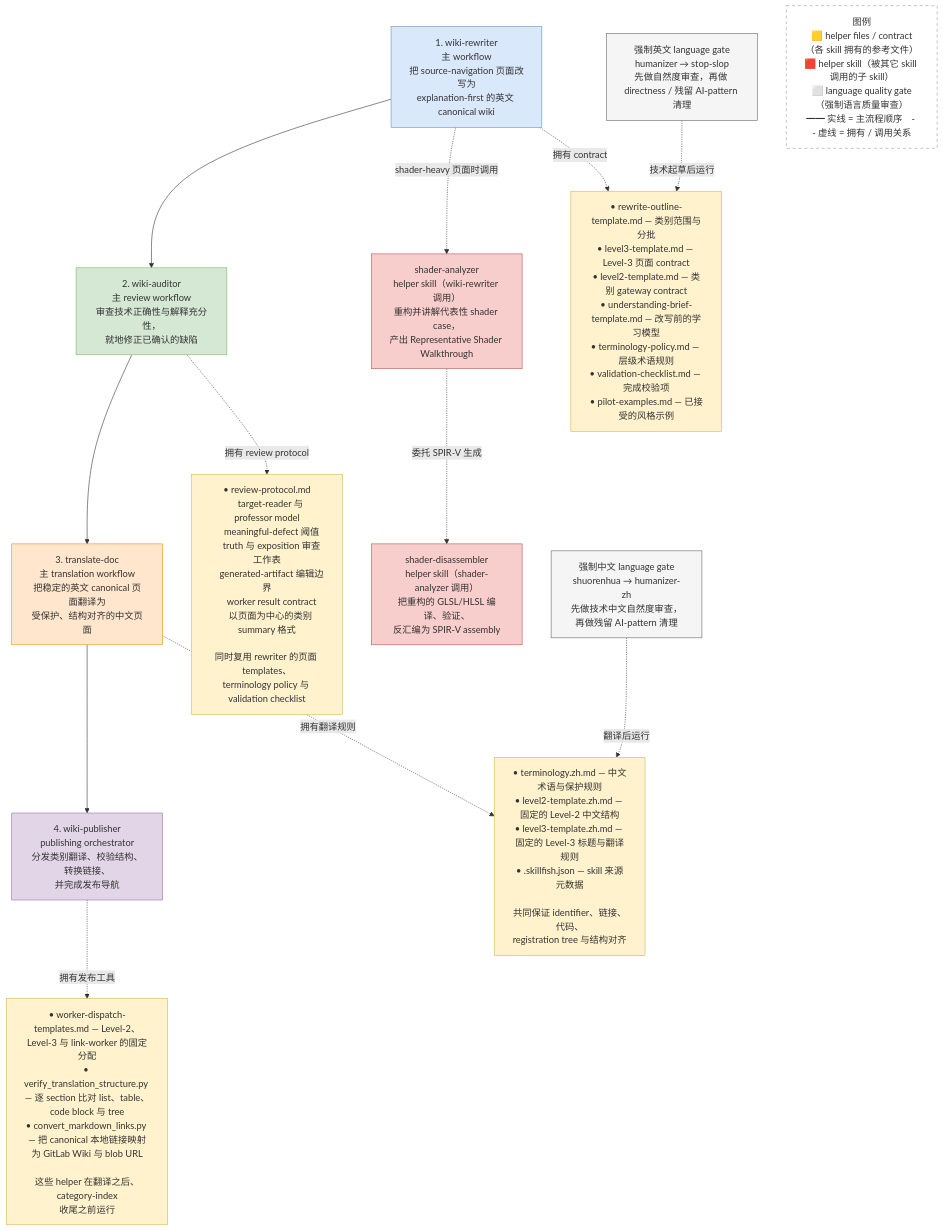
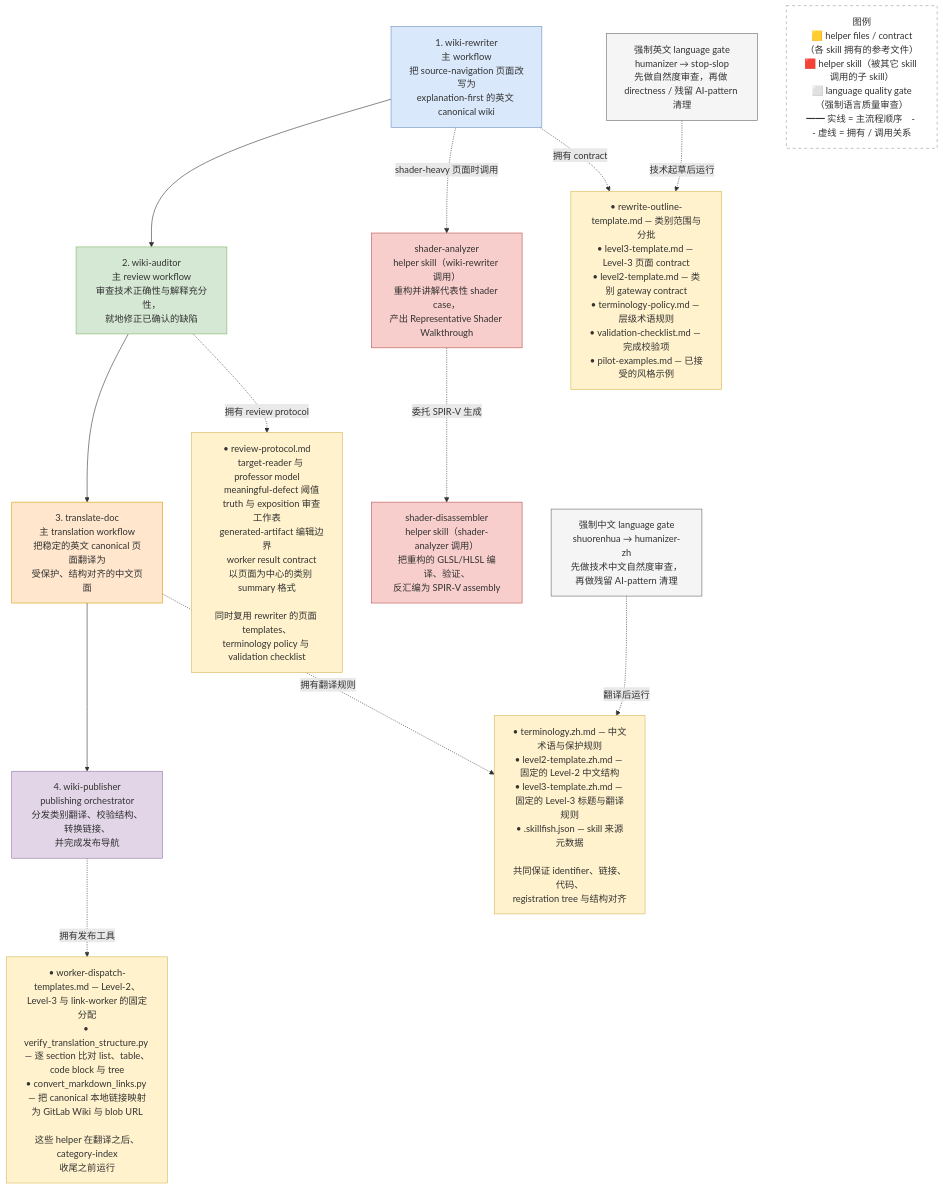
One commit to Thomaswang0822/VulkanCTS-Wiki changed the diagram in diagrams/ref-mindmap.mmd. Above: the diagram before and after it, drawn with Mermaid. The commit also changed 437 other files, not shown here.

```diff
--- a/diagrams/ref-mindmap.mmd
+++ b/diagrams/ref-mindmap.mmd
@@ -1,61 +1,61 @@
 flowchart TD
 
     %% 第一层 — 4 个主 workflow skills
     rewriter["1. wiki-rewriter<br/>主 workflow<br/>把 source-navigation 页面改写为<br/>explanation-first 的英文 canonical wiki"]
     auditor["2. wiki-auditor<br/>主 review workflow<br/>审查技术正确性与解释充分性，<br/>就地修正已确认的缺陷"]
     translate["3. translate-doc<br/>主 translation workflow<br/>把稳定的英文 canonical 页面翻译为<br/>受保护、结构对齐的中文页面"]
     publisher["4. wiki-publisher<br/>publishing orchestrator<br/>分发类别翻译、校验结构、转换链接、<br/>并完成发布导航"]
 
     %% 第二层 — helper files 节点（黄色）
-    rwHelpers["• rewrite-outline-template.md — 类别范围与分批<br/>• level3-template.md — Level-3 页面 contract<br/>• level2-template.md — 类别 gateway contract<br/>• understanding-brief-template.md — 改写前的学习模型<br/>• terminology-policy.md — 层级术语规则<br/>• validation-checklist.md — 完成校验项<br/>• pilot-examples.md — 已接受的风格示例"]
+    rwHelpers["• rewrite-outline-template.md — 类别范围与分批<br/>• level3-template.md — Level-3 页面 contract<br/>• level2-template.md — 类别 gateway contract<br/>• terminology-policy.md — 层级术语规则<br/>• validation-checklist.md — 完成校验项<br/>• pilot-examples.md — 已接受的风格示例"]
     auditHelpers["• review-protocol.md<br/>　target-reader 与 professor model<br/>　meaningful-defect 阈值<br/>　truth 与 exposition 审查工作表<br/>　generated-artifact 编辑边界<br/>　worker result contract<br/>　以页面为中心的类别 summary 格式<br/><br/>同时复用 rewriter 的页面 templates、<br/>terminology policy 与 validation checklist"]
     trHelpers["• terminology.zh.md — 中文术语与保护规则<br/>• level2-template.zh.md — 固定的 Level-2 中文结构<br/>• level3-template.zh.md — 固定的 Level-3 标题与翻译规则<br/>• .skillfish.json — skill 来源元数据<br/><br/>共同保证 identifier、链接、代码、<br/>registration tree 与结构对齐"]
     pubHelpers["• worker-dispatch-templates.md — Level-2、Level-3 与 link-worker 的固定分配<br/>• verify_translation_structure.py — 逐 section 比对 list、table、code block 与 tree<br/>• convert_markdown_links.py — 把 canonical 本地链接映射为 GitLab Wiki 与 blob URL<br/><br/>这些 helper 在翻译之后、category-index<br/>收尾之前运行"]
 
     %% 第三层 — helper skills（红色）
     shaderAnalyzer["shader-analyzer<br/>helper skill（wiki-rewriter 调用）<br/>重构并讲解代表性 shader case，<br/>产出 Representative Shader Walkthrough"]
     shaderDisassembler["shader-disassembler<br/>helper skill（shader-analyzer 调用）<br/>把重构的 GLSL/HLSL 编译、验证、<br/>反汇编为 SPIR-V assembly"]
 
     %% 第四层 — language gate 节点（灰色）
     enWorkers["强制英文 language gate<br/>humanizer → stop-slop<br/>先做自然度审查，再做 directness / 残留 AI-pattern 清理"]
     zhWorkers["强制中文 language gate<br/>shuorenhua → humanizer-zh<br/>先做技术中文自然度审查，再做残留 AI-pattern 清理"]
 
     %% 主流程（实线粗箭头）
     rewriter --> auditor --> translate --> publisher
 
     %% helper skill 调用链（虚线箭头）
     rewriter -.->|shader-heavy 页面时调用| shaderAnalyzer
     shaderAnalyzer -.->|委托 SPIR-V 生成| shaderDisassembler
 
     %% 拥有 / 调用关系（虚线箭头）
     rewriter -.->|拥有 contract| rwHelpers
     auditor -.->|拥有 review protocol| auditHelpers
     translate -.->|拥有翻译规则| trHelpers
     publisher -.->|拥有发布工具| pubHelpers
 
     %% language gate 连接（虚线箭头，向上指向黄色 helper files 节点）
     enWorkers -.->|技术起草后运行| rwHelpers
     zhWorkers -.->|翻译后运行| trHelpers
 
     %% 图例（不连接，中性样式）
     legend["图例<br/>🟨 helper files / contract（各 skill 拥有的参考文件）<br/>🟥 helper skill（被其它 skill 调用的子 skill）<br/>⬜ language quality gate（强制语言质量审查）<br/>━━ 实线 = 主流程顺序　- - 虚线 = 拥有 / 调用关系"]
 
     %% 样式定义（classDef）
     classDef blue fill:#dae8fc,stroke:#6c8ebf
     classDef green fill:#d5e8d4,stroke:#82b366
     classDef orange fill:#ffe6cc,stroke:#d79b00
     classDef purple fill:#e1d5e7,stroke:#9673a6
     classDef yellow fill:#fff2cc,stroke:#d6b656
     classDef red fill:#f8cecc,stroke:#b85450
     classDef gray fill:#f5f5f5,stroke:#666666
     classDef legendStyle fill:#ffffff,stroke:#999999,stroke-dasharray: 5 5
 
     %% 样式分配（class）
     class rewriter blue
     class auditor green
     class translate orange
     class publisher purple
     class rwHelpers,auditHelpers,trHelpers,pubHelpers yellow
     class shaderAnalyzer,shaderDisassembler red
     class enWorkers,zhWorkers gray
     class legend legendStyle
```
